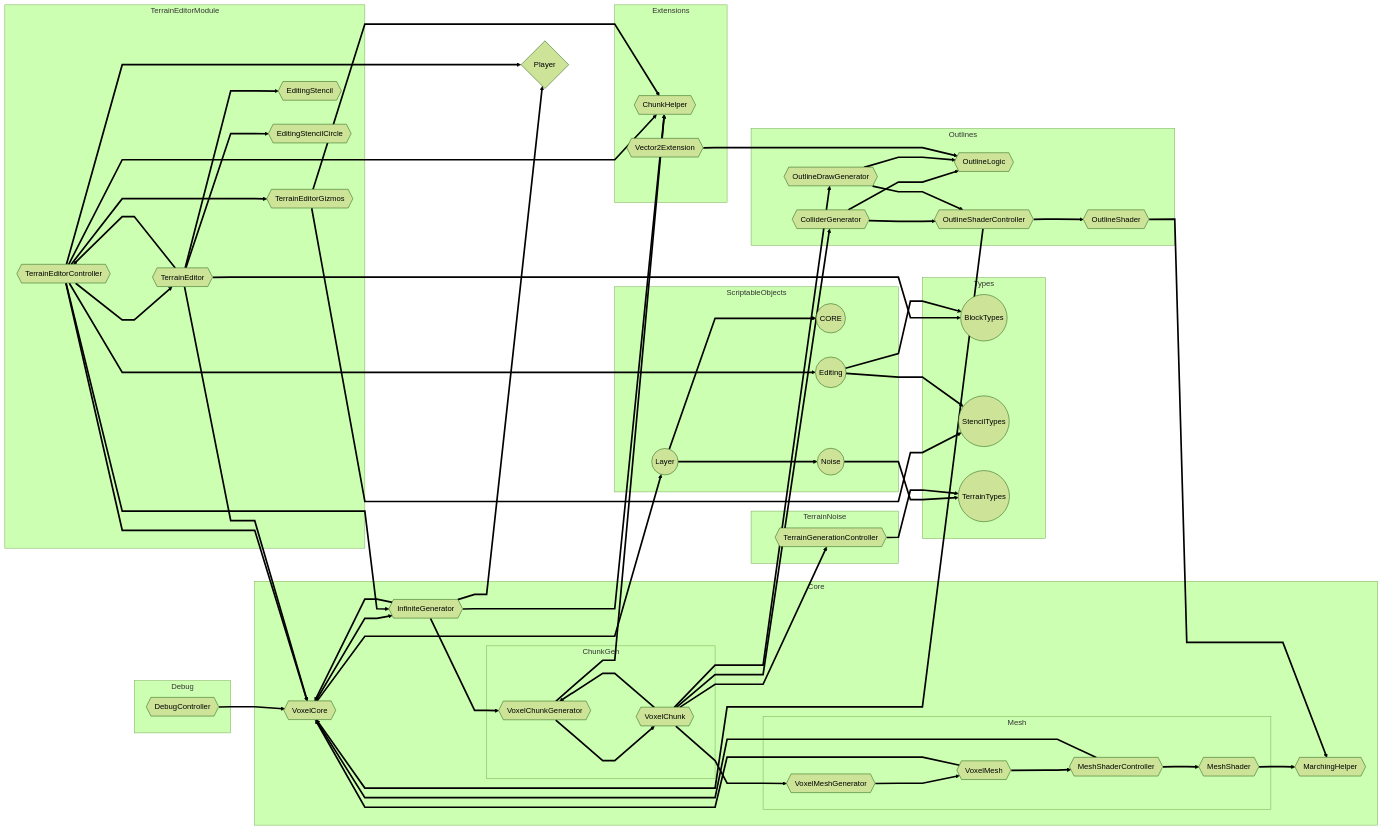
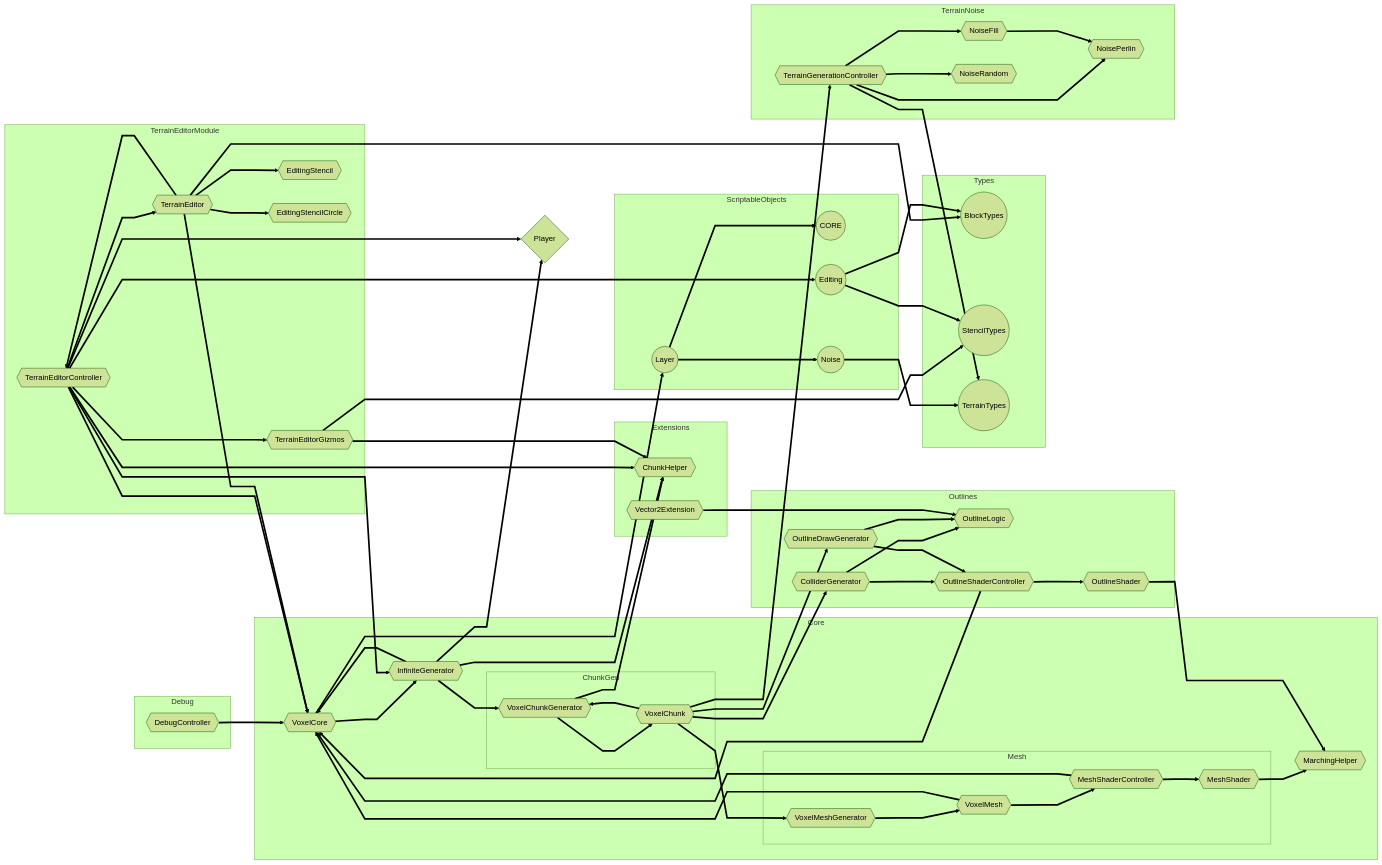
Before and after one commit to joesobo/Marching-Squares-2.0: the diagram in Assets/Graphs/CORE.md, drawn with Mermaid (forest theme).

Commit message:
docs: graphing

```diff
--- a/Assets/Graphs/CORE.md
+++ b/Assets/Graphs/CORE.md
@@ -70,6 +70,9 @@
   %% Terrain Noise
   subgraph TerrainNoise
     TerrainGenerationController{{TerrainGenerationController}};
+    NoiseFill{{NoiseFill}};
+    NoiseRandom{{NoiseRandom}};
+    NoisePerlin{{NoisePerlin}};
   end
 
   Player{Player};
@@ -140,6 +143,11 @@
   TerrainEditor ==> BlockTypes;
 
   TerrainGenerationController ==> TerrainTypes;
+  TerrainGenerationController ==> NoiseFill;
+  TerrainGenerationController ==> NoiseRandom;
+  TerrainGenerationController ==> NoisePerlin;
+
+  NoiseFill ==> NoisePerlin;
 
   Editing ==> BlockTypes;
   Editing ==> StencilTypes;
```
